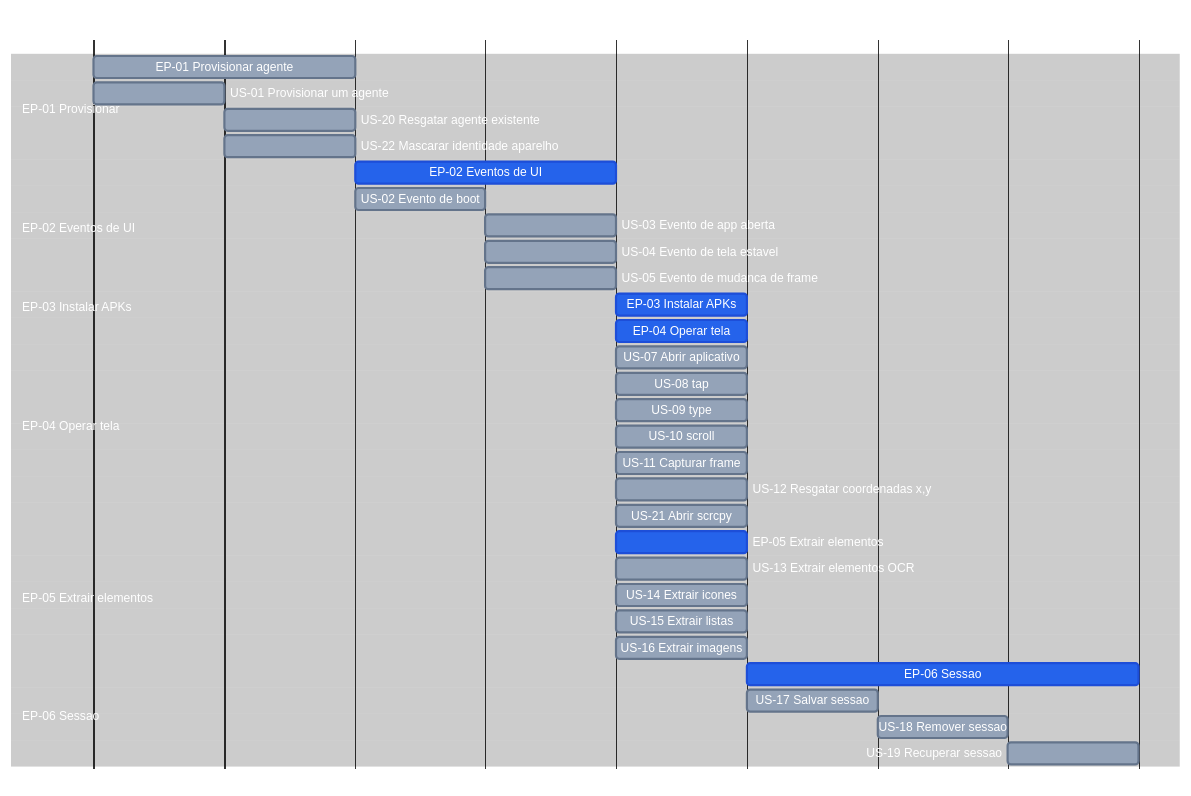
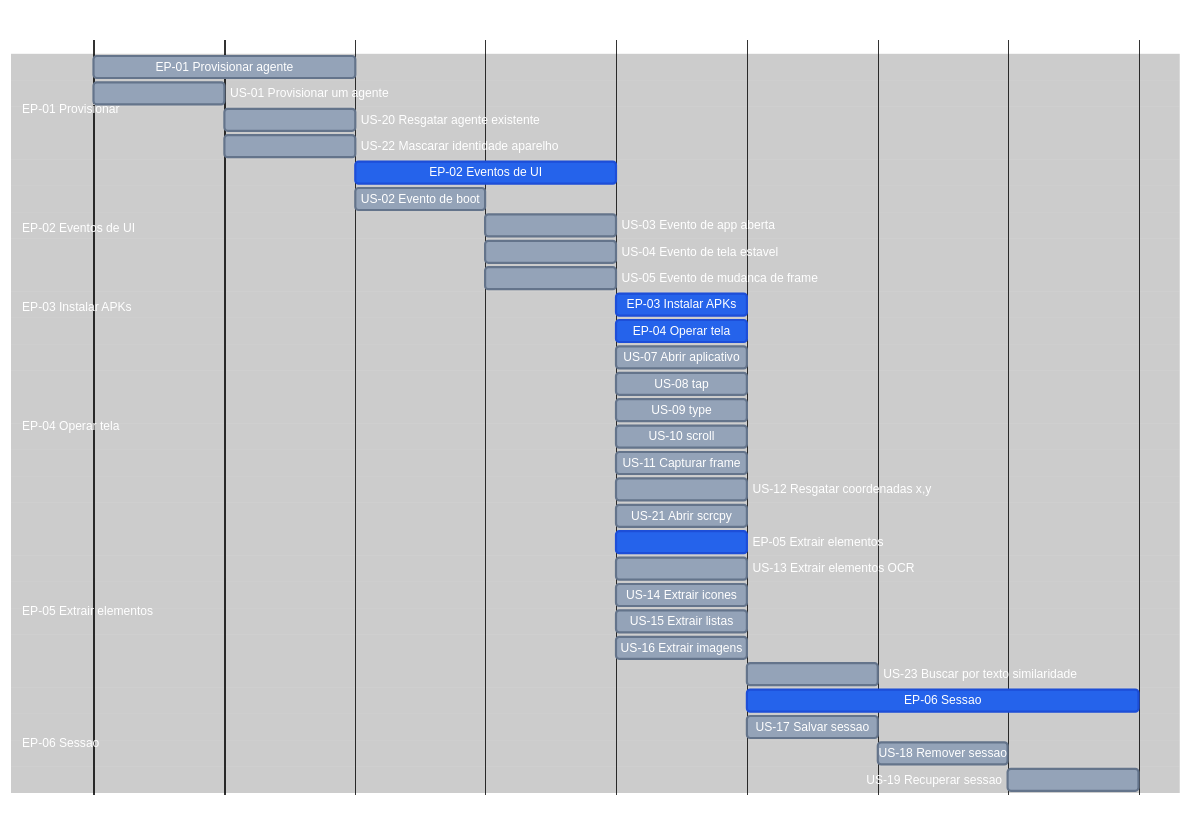
One commit to laerciogermano/workstation changed the diagram in screen-robot/3.roadmap.md. Above: the diagram before and after it, drawn with Mermaid. The commit also changed 8 other files, not shown here.

Commit message:
Documenta US-23: buscar elemento(s) por texto com score de similaridade (OCR partido).

````diff
--- a/screen-robot/3.roadmap.md
+++ b/screen-robot/3.roadmap.md
@@ -12,79 +12,80 @@
 ```mermaid
 ---
 config:
   theme: base
   themeVariables:
     darkMode: true
     background: '#000000'
     primaryTextColor: '#ffffff'
     secondaryTextColor: '#ffffff'
     tertiaryTextColor: '#ffffff'
     textColor: '#ffffff'
     lineColor: '#333333'
     mainBkg: '#000000'
     secondaryColor: '#000000'
     tertiaryColor: '#000000'
     sectionBkgColor: '#000000'
     sectionBkgColor2: '#000000'
     altSectionBkgColor: '#000000'
     gridColor: '#222222'
     excludeBkgColor: '#000000'
     todayLineColor: '#444444'
     doneTaskBkgColor: '#2563eb'
     doneTaskBorderColor: '#1d4ed8'
     taskBkgColor: '#94a3b8'
     taskBorderColor: '#64748b'
     taskTextColor: '#ffffff'
     taskTextDarkColor: '#ffffff'
     taskTextLightColor: '#ffffff'
     taskTextOutsideColor: '#ffffff'
     critBkgColor: '#2563eb'
     critBorderColor: '#1d4ed8'
     activeTaskBkgColor: '#94a3b8'
     activeTaskBorderColor: '#64748b'
 ---
 gantt
   title screen-robot EP / US
   dateFormat X
   axisFormat %s
 
   section EP-01 Provisionar
   EP-01 Provisionar agente              :ep01, 0, 30m
   US-01 Provisionar um agente           :us01, 0, 15m
   US-20 Resgatar agente existente       :us20, after us01, 15m
   US-22 Mascarar identidade aparelho    :us22, after us01, 15m
 
   section EP-02 Eventos de UI
   EP-02 Eventos de UI                   :done, ep02, after ep01, 30m
   US-02 Evento de boot                  :us02, after ep01, 15m
   US-03 Evento de app aberta            :us03, after us02, 15m
   US-04 Evento de tela estavel          :us04, after us02, 15m
   US-05 Evento de mudanca de frame      :us05, after us02, 15m
 
 
   section EP-03 Instalar APKs
   EP-03 Instalar APKs                   :done, ep03, after us05, 15m
 
   section EP-04 Operar tela
   EP-04 Operar tela                     :done, ep04, after us05, 15m
   US-07 Abrir aplicativo                :us07, after us05, 15m
   US-08 tap                             :us08, after us05, 15m
   US-09 type                            :us09, after us05, 15m
   US-10 scroll                          :us10, after us05, 15m
   US-11 Capturar frame                  :us11, after us05, 15m
   US-12 Resgatar coordenadas x,y        :us12, after us05, 15m
   US-21 Abrir scrcpy                    :us21, after us05, 15m
 
   section EP-05 Extrair elementos
   EP-05 Extrair elementos               :done, ep05, after us05, 15m
   US-13 Extrair elementos OCR           :us13, after us05, 15m
   US-14 Extrair icones                  :us14, after us05, 15m
   US-15 Extrair listas                  :us15, after us05, 15m
   US-16 Extrair imagens                 :us16, after us05, 15m
+  US-23 Buscar por texto similaridade   :us23, after us13, 15m
 
   section EP-06 Sessao
   EP-06 Sessao                          :done, ep06, after ep05, 45m
   US-17 Salvar sessao                   :us17, after ep05, 15m
   US-18 Remover sessao                  :us18, after us17, 15m
   US-19 Recuperar sessao                :us19, after us18, 15m
 ```
````
